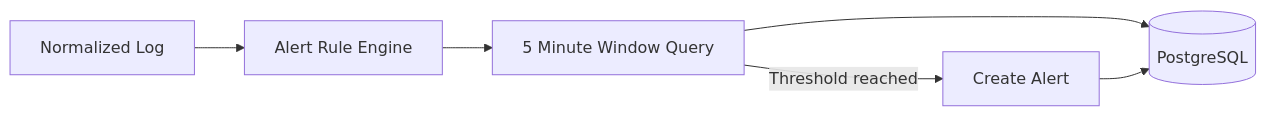
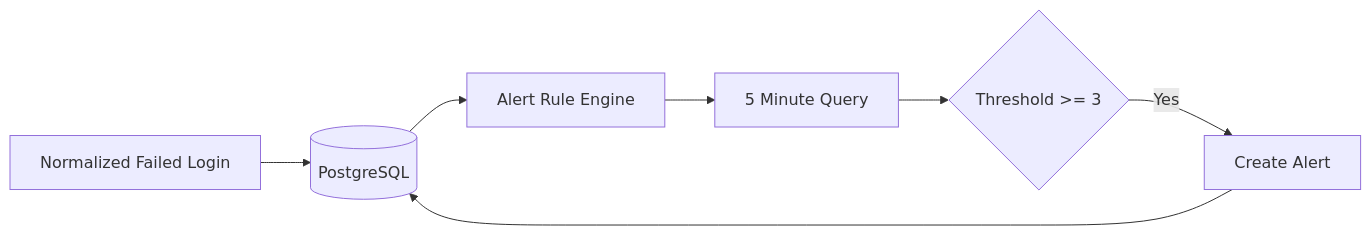
One commit to HAMLEG448/log-management-demo changed diagram 13 of 14 in docs/data-flow.md. Above: the diagram before and after it, drawn with Mermaid. The commit also changed other lines of this file and 2 other files, not shown here.

````diff
--- a/docs/data-flow.md
+++ b/docs/data-flow.md
@@ -222,14 +687,16 @@
 ```mermaid
 flowchart LR
-    LOG[Normalized Log]
+    LOG[Normalized Failed Login]
+    DB[(PostgreSQL)]
     RULE[Alert Rule Engine]
-    QUERY[5 Minute Window Query]
+    WINDOW[5 Minute Query]
+    CHECK{Threshold >= 3}
     ALERT[Create Alert]
-    DB[(PostgreSQL)]
 
-    LOG --> RULE
-    RULE --> QUERY
-    QUERY --> DB
-    QUERY -->|Threshold reached| ALERT
+    LOG --> DB
+    DB --> RULE
+    RULE --> WINDOW
+    WINDOW --> CHECK
+    CHECK -->|Yes| ALERT
     ALERT --> DB
 ```
````
